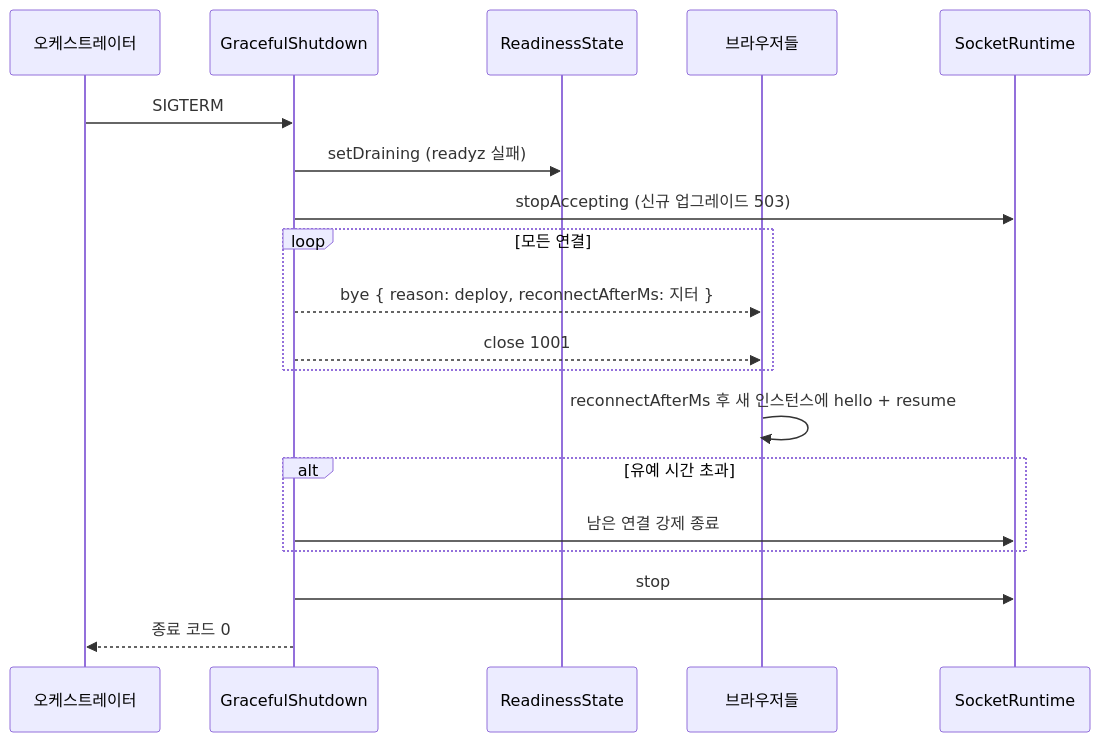
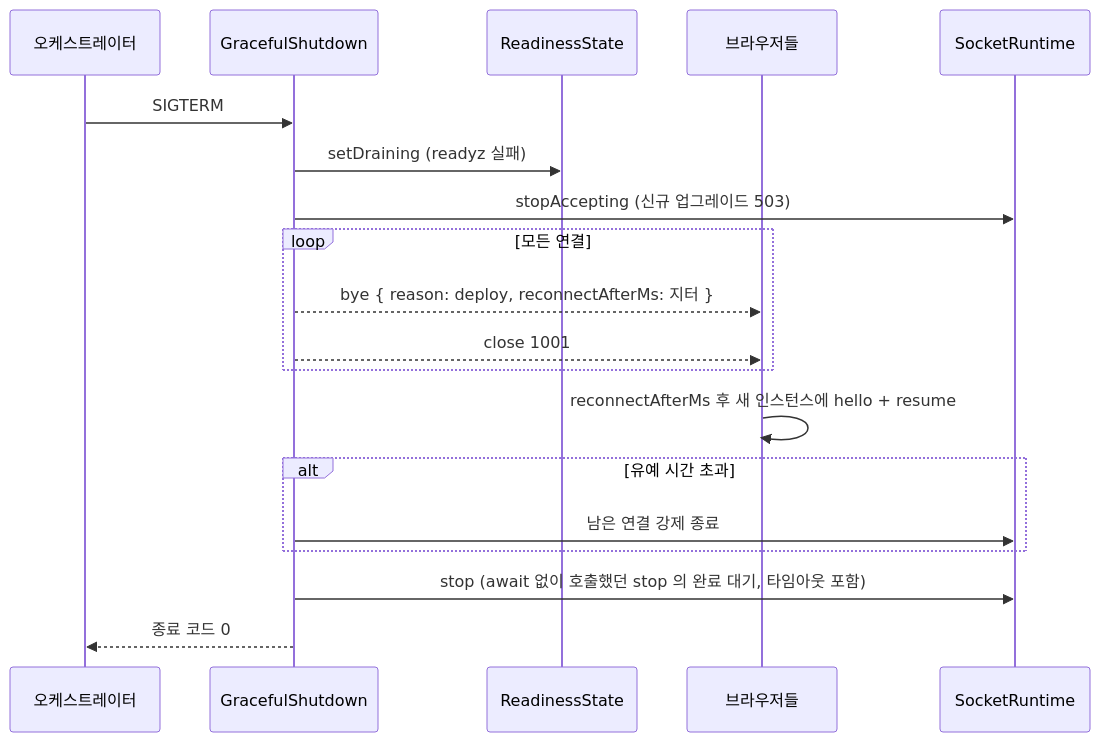
Diagram 37 of 53 in docs/design/features/14-realtime.md (1985jwlee/portpolio_backend), drawn with Mermaid before and after one commit. The commit also changed other lines of this file and 33 other files, not shown here.

````diff
--- a/docs/design/features/14-realtime.md
+++ b/docs/design/features/14-realtime.md
@@ -1423,21 +1423,21 @@
 ```mermaid
 sequenceDiagram
     participant O as 오케스트레이터
     participant G as GracefulShutdown
     participant S as ReadinessState
     participant C as 브라우저들
     participant R as SocketRuntime
     O->>G: SIGTERM
     G->>S: setDraining (readyz 실패)
     G->>R: stopAccepting (신규 업그레이드 503)
     loop 모든 연결
         G-->>C: bye { reason: deploy, reconnectAfterMs: 지터 }
         G-->>C: close 1001
     end
     C->>C: reconnectAfterMs 후 새 인스턴스에 hello + resume
     alt 유예 시간 초과
         G->>R: 남은 연결 강제 종료
     end
-    G->>R: stop
+    G->>R: stop (await 없이 호출했던 stop 의 완료 대기, 타임아웃 포함)
     G-->>O: 종료 코드 0
 ```
````
